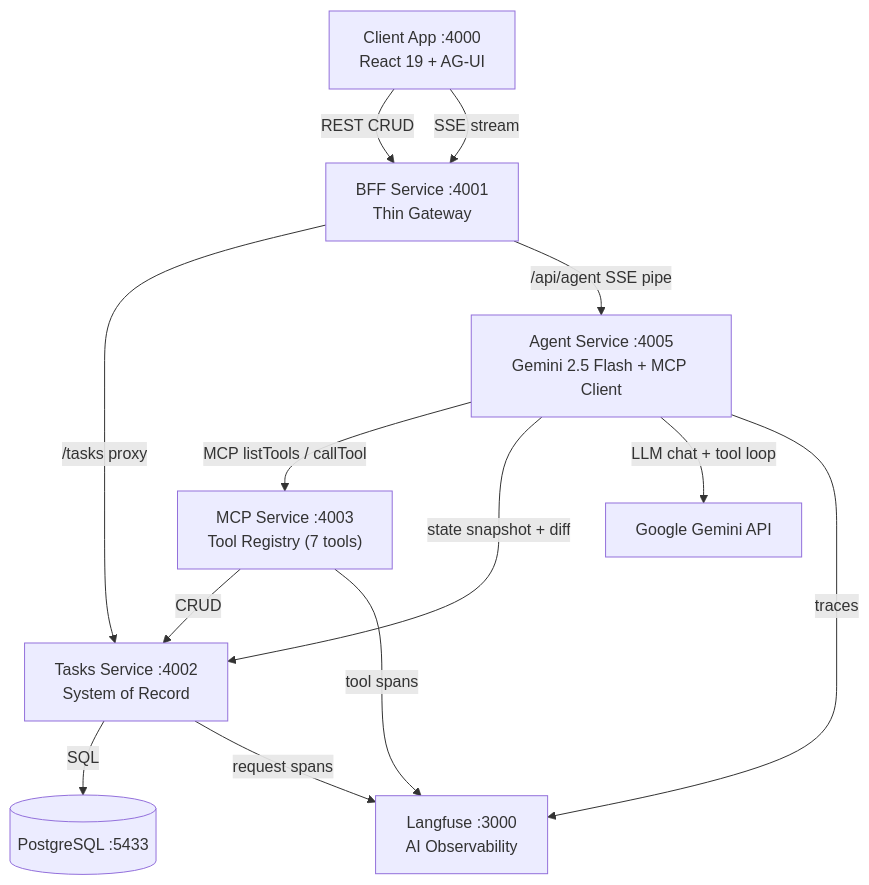
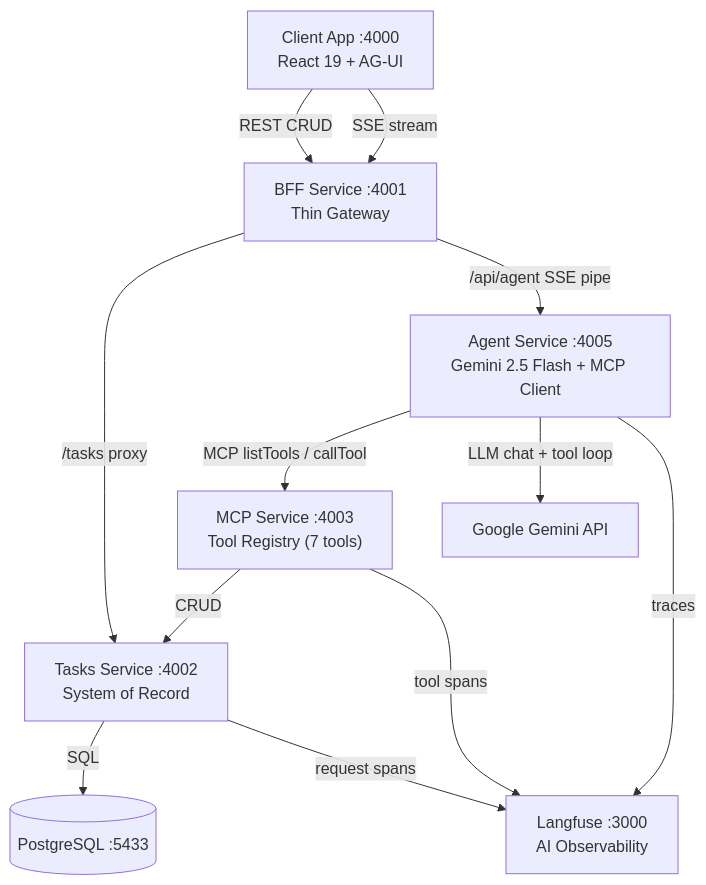
Before and after one commit to rangorkrobocop/todo-langfuse-app: the diagram in README.md, drawn with Mermaid.

Commit message:
docs: remove direct agent→tasks arrow from architecture diagram

````diff
--- a/README.md
+++ b/README.md
@@ -9,29 +9,28 @@
 ```mermaid
 graph TD
     Client["Client App :4000<br/>React 19 + AG-UI"]
 
     Client -->|"REST CRUD"| BFF
     Client -->|"SSE stream"| BFF
 
     BFF["BFF Service :4001<br/>Thin Gateway"]
 
     BFF -->|"/tasks proxy"| Tasks
     BFF -->|"/api/agent SSE pipe"| Agent
 
     Agent["Agent Service :4005<br/>Gemini 2.5 Flash + MCP Client"]
 
     Agent -->|"MCP listTools / callTool"| MCP
-    Agent -->|"state snapshot + diff"| Tasks
     Agent -->|"LLM chat + tool loop"| Gemini["Google Gemini API"]
 
     MCP["MCP Service :4003<br/>Tool Registry (7 tools)"]
     MCP -->|"CRUD"| Tasks
 
     Tasks["Tasks Service :4002<br/>System of Record"]
     Tasks -->|"SQL"| DB[("PostgreSQL :5433")]
 
     Agent -->|"traces"| Langfuse
     Tasks -->|"request spans"| Langfuse
     MCP -->|"tool spans"| Langfuse
     Langfuse["Langfuse :3000<br/>AI Observability"]
 ```
````
